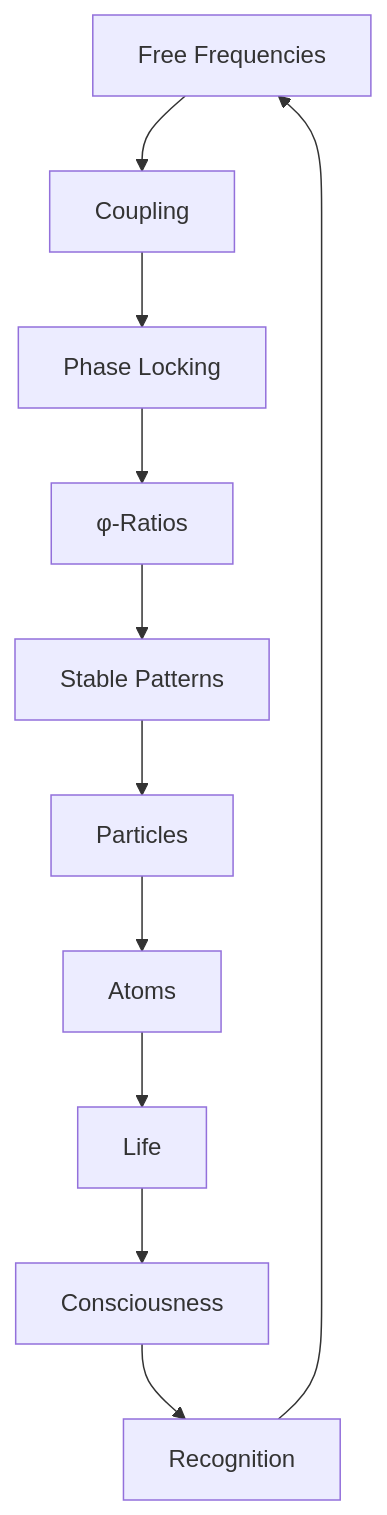
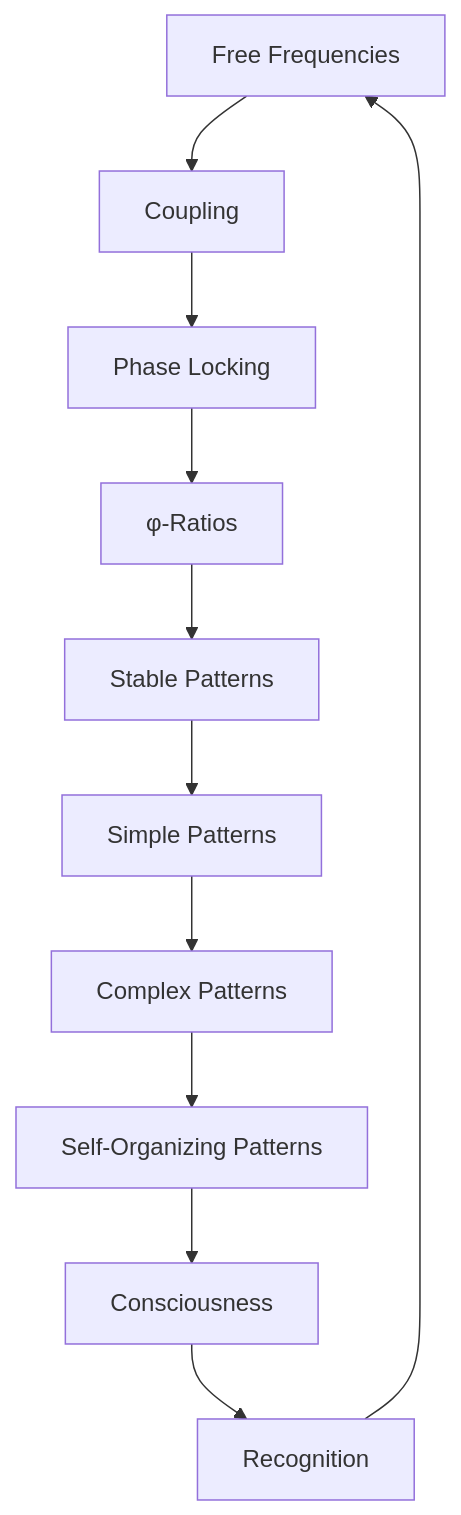
Before and after one commit to loning/the-phys: the second of 2 diagrams in docs/psi-structum/book-1-collapse-ontology/part-02-golden-trace-spectral/chapter-027-frequency-lock-phi-modes.md, drawn with Mermaid. The commit also changed other lines of this file and 20 other files, not shown here.

````diff
--- a/docs/psi-structum/book-1-collapse-ontology/part-02-golden-trace-spectral/chapter-027-frequency-lock-phi-modes.md
+++ b/docs/psi-structum/book-1-collapse-ontology/part-02-golden-trace-spectral/chapter-027-frequency-lock-phi-modes.md
@@ -191,13 +213,13 @@
 ```mermaid
 graph TD
     A[Free Frequencies] --> B[Coupling]
     B --> C[Phase Locking]
     C --> D[φ-Ratios]
     D --> E[Stable Patterns]
-    E --> F[Particles]
-    F --> G[Atoms]
-    G --> H[Life]
+    E --> F[Simple Patterns]
+    F --> G[Complex Patterns]
+    G --> H[Self-Organizing Patterns]
     H --> I[Consciousness]
     I --> J[Recognition]
     J --> A
 ```
````
